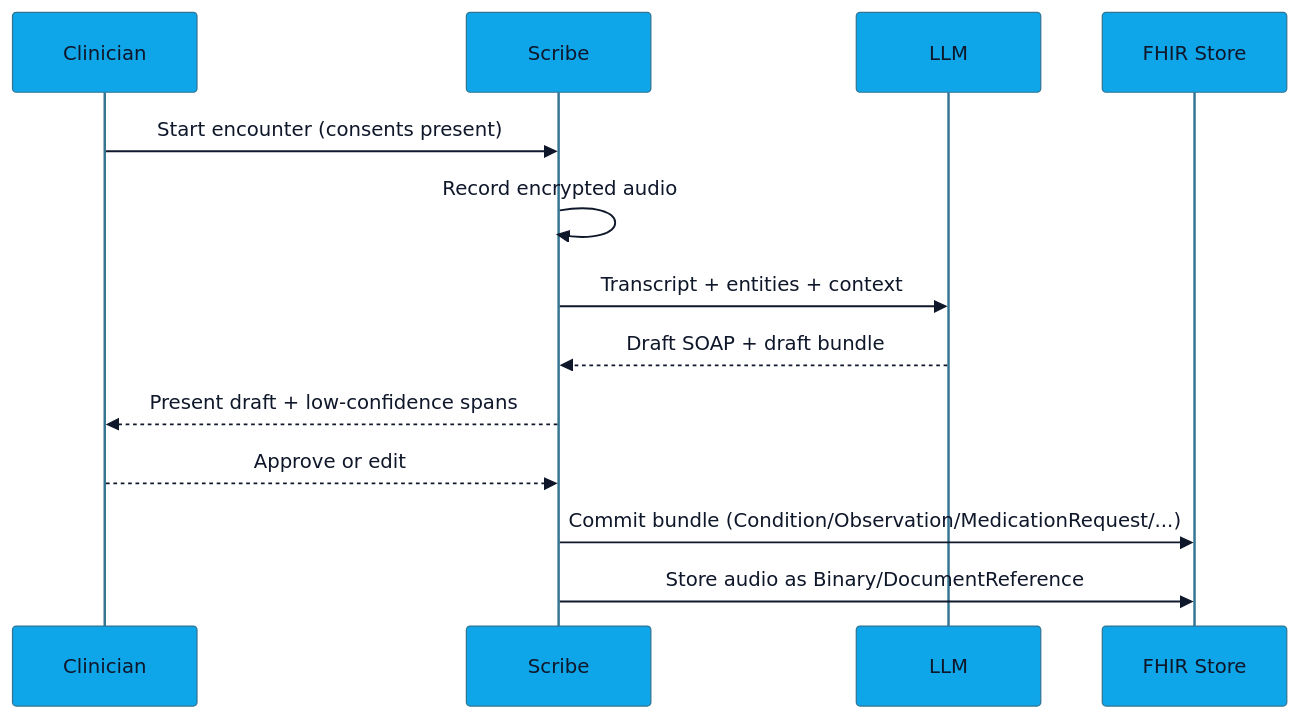
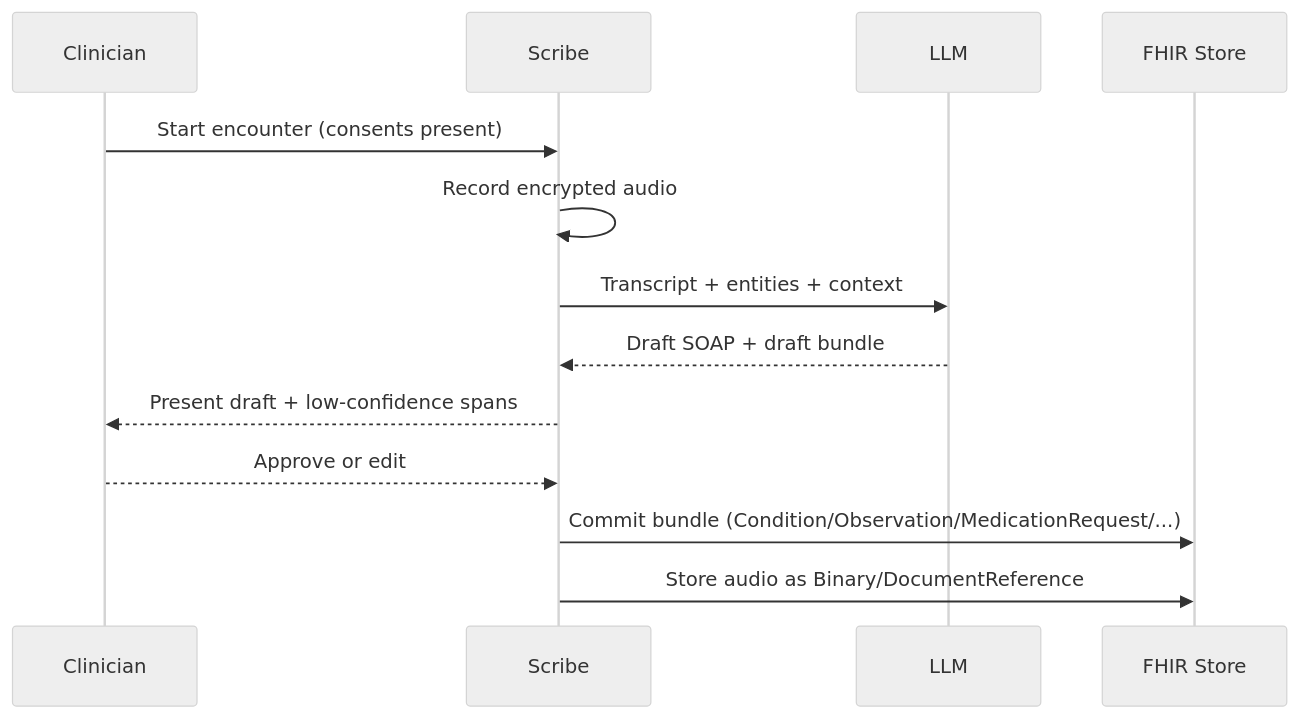
One commit to georgeahmed/onecare changed the tenth of 13 diagrams in Algorithm.md. Above: the diagram before and after it, drawn with Mermaid. The commit also changed other lines of this file, not shown here.

````diff
--- a/Algorithm.md
+++ b/Algorithm.md
@@ -708,16 +696,16 @@
 ```mermaid
-%%{init: {'theme':'base', 'themeVariables': {'primaryColor': '#0ea5e9','secondaryColor': '#6366f1','tertiaryColor': '#10b981','primaryTextColor': '#0f172a','lineColor': '#64748b','fontFamily': 'Inter, ui-sans-serif, system-ui'}}}%%
+%%{init: {'theme':'neutral'}}%%
 sequenceDiagram
   participant Clin as Clinician
   participant Scribe
   participant LLM
   participant F as FHIR Store
   Clin->>Scribe: Start encounter (consents present)
   Scribe->>Scribe: Record encrypted audio
   Scribe->>LLM: Transcript + entities + context
   LLM-->>Scribe: Draft SOAP + draft bundle
   Scribe-->>Clin: Present draft + low-confidence spans
   Clin-->>Scribe: Approve or edit
   Scribe->>F: Commit bundle (Condition/Observation/MedicationRequest/...)
   Scribe->>F: Store audio as Binary/DocumentReference
 ```
````
